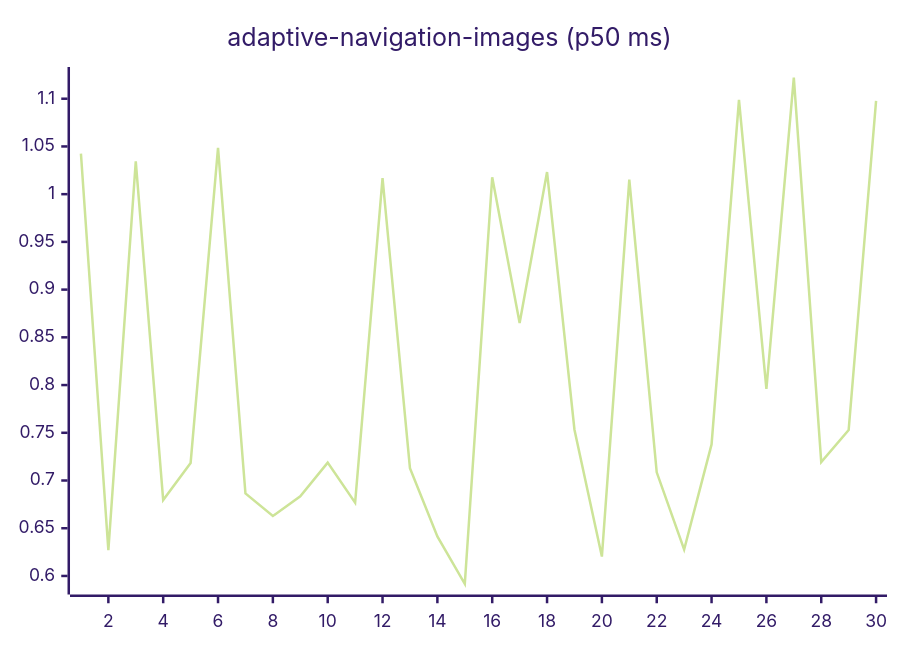
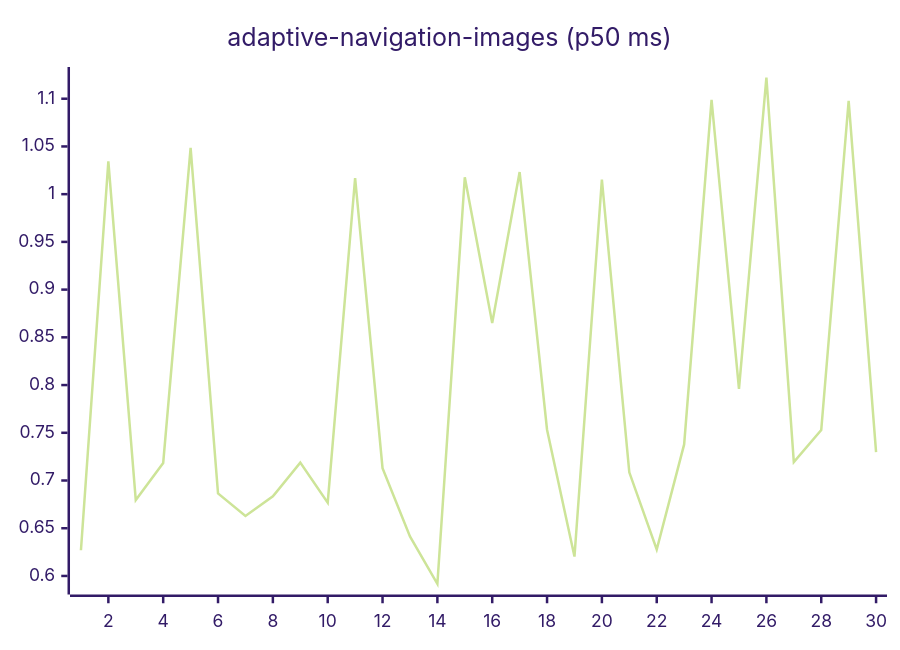
The first of 27 diagrams in README.md (josha/Facet), drawn with Mermaid (forest theme) before and after one commit. The commit also changed other lines of this file and 2 other files, not shown here.

````diff
--- a/README.md
+++ b/README.md
@@ -63,6 +63,6 @@
 ```mermaid
 xychart-beta
     title "adaptive-navigation-images (p50 ms)"
     x-axis 1 --> 30
-    line [1.0425, 0.6269, 1.0344, 0.6795, 0.7184, 1.0485, 0.6864, 0.6628, 0.6834, 0.7187, 0.6768, 1.0168, 0.7129, 0.6414, 0.5917, 1.0177, 0.8650, 1.0232, 0.7532, 0.6203, 1.0152, 0.7086, 0.6277, 0.7378, 1.0988, 0.7959, 1.1221, 0.7192, 0.7528, 1.0977]
+    line [0.6269, 1.0344, 0.6795, 0.7184, 1.0485, 0.6864, 0.6628, 0.6834, 0.7187, 0.6768, 1.0168, 0.7129, 0.6414, 0.5917, 1.0177, 0.8650, 1.0232, 0.7532, 0.6203, 1.0152, 0.7086, 0.6277, 0.7378, 1.0988, 0.7959, 1.1221, 0.7192, 0.7528, 1.0977, 0.7298]
 ```
````
